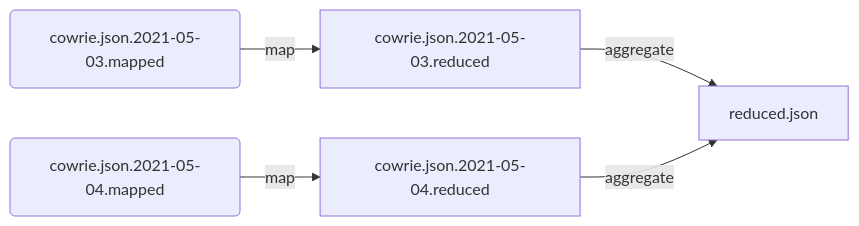
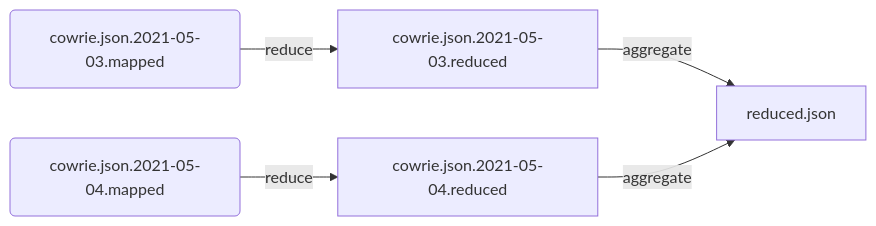
The sixth of 10 diagrams in README.md (deroux/longitudinal-analysis-cowrie), drawn with Mermaid before and after one commit. The commit also changed 22 other files, not shown here.

````diff
--- a/README.md
+++ b/README.md
@@ -238,7 +238,7 @@
 ```mermaid
 graph LR
-    A(cowrie.json.2021-05-03.mapped) -->|map| C[cowrie.json.2021-05-03.reduced]
-    B(cowrie.json.2021-05-04.mapped) -->|map| D[cowrie.json.2021-05-04.reduced]
+    A(cowrie.json.2021-05-03.mapped) -->|reduce| C[cowrie.json.2021-05-03.reduced]
+    B(cowrie.json.2021-05-04.mapped) -->|reduce| D[cowrie.json.2021-05-04.reduced]
     C -->|aggregate| E[reduced.json]
     D -->|aggregate| E[reduced.json]
 ```
````
